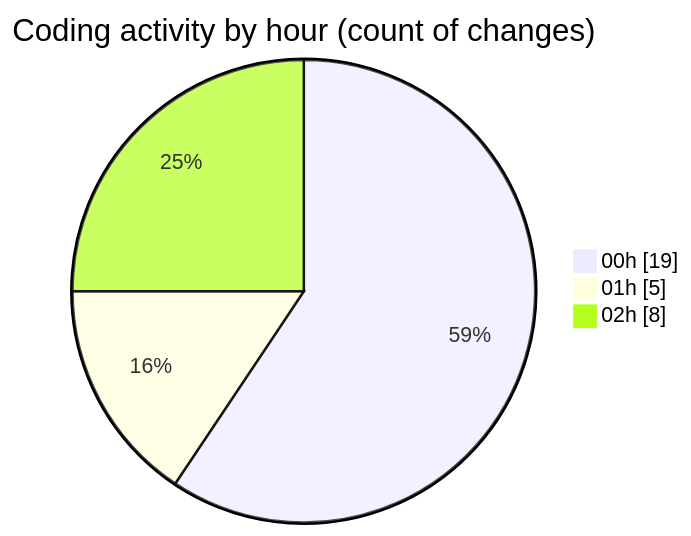
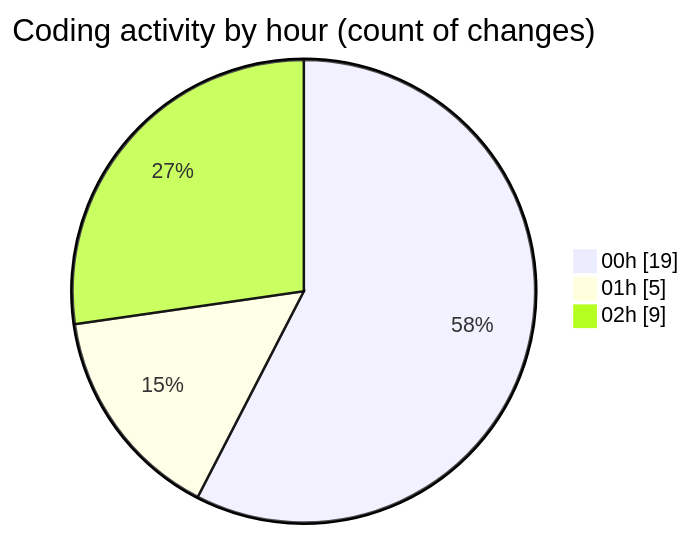
The second of 2 diagrams in 2025-02-14/elitegpt/README.md (Elitesun/code-tracking), drawn with Mermaid before and after one commit. The commit also changed other lines of this file and 1 other file, not shown here.

````diff
--- a/2025-02-14/elitegpt/README.md
+++ b/2025-02-14/elitegpt/README.md
@@ -32,7 +32,7 @@
 ```mermaid
 pie showData
 title Coding activity by hour (count of changes)
 "00h" : 19
 "01h" : 5
-"02h" : 8
+"02h" : 9
 ```
````
